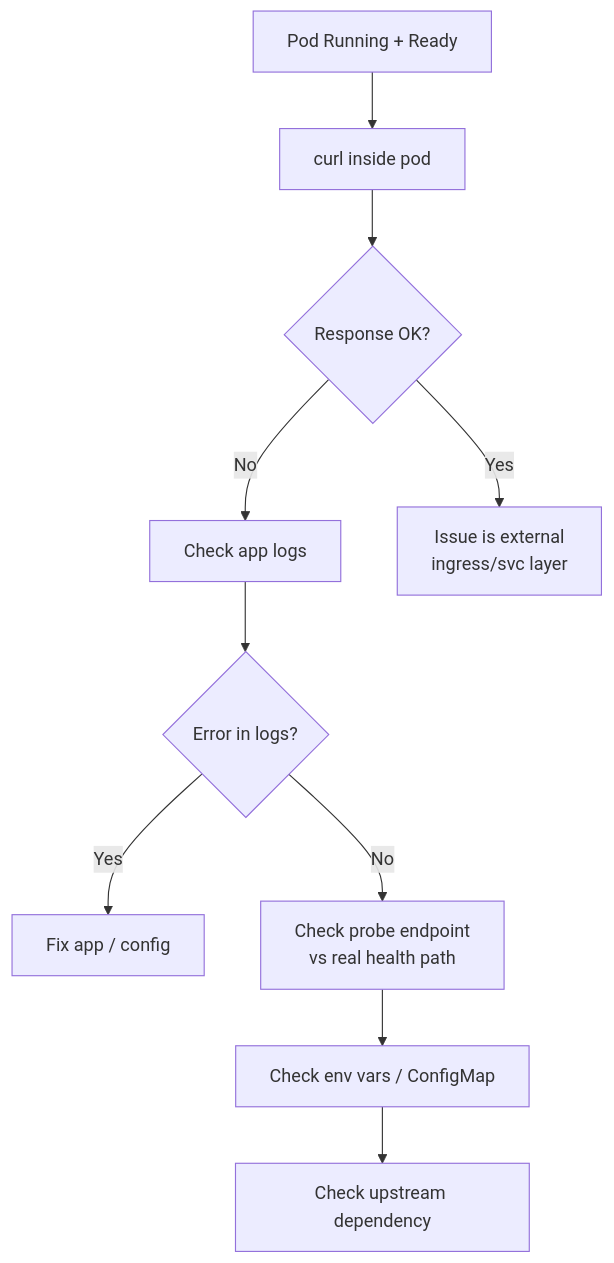
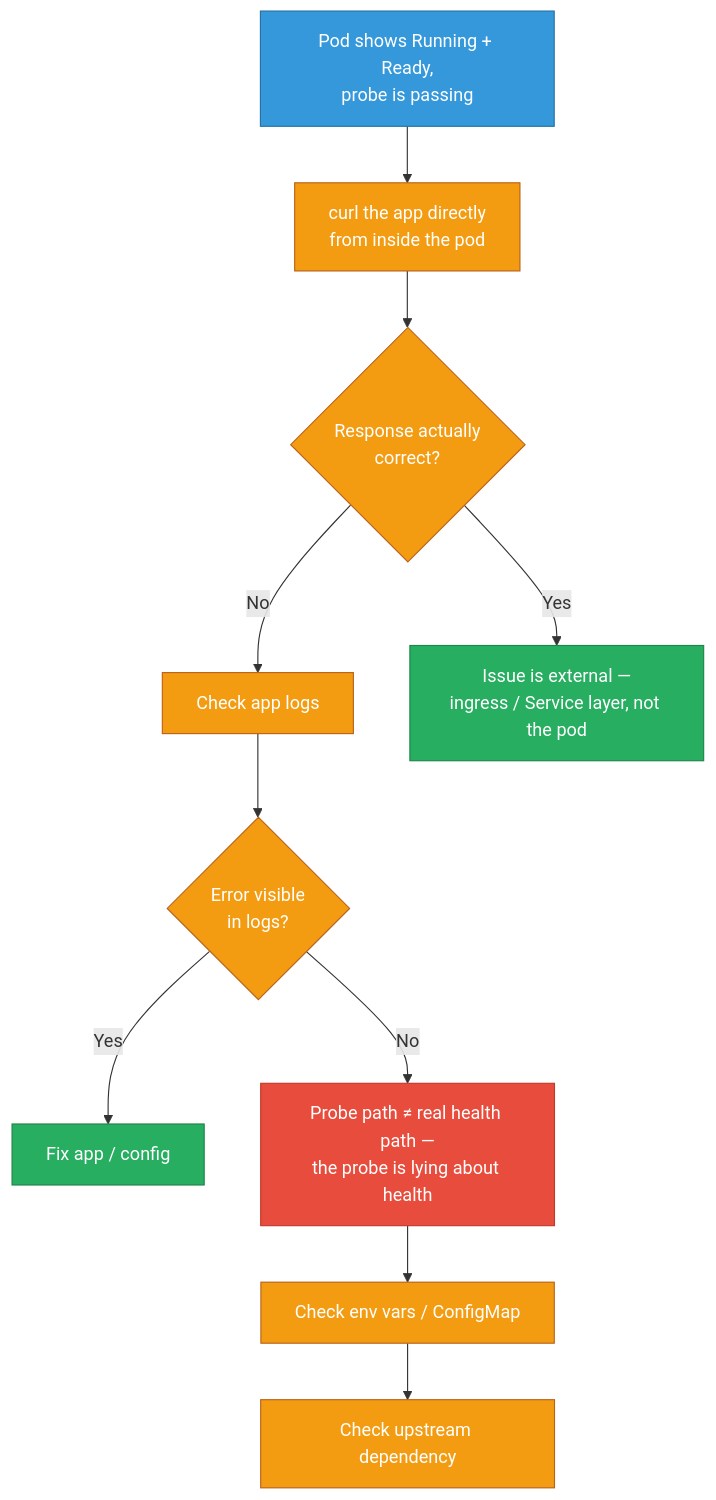
Before and after one commit to deepanshu-rawat6/DevOpsIndex: the fourth of 13 diagrams in sre/k8s-scenarios.md, drawn with Mermaid. The commit also changed other lines of this file and 10 other files, not shown here.

````diff
--- a/sre/k8s-scenarios.md
+++ b/sre/k8s-scenarios.md
@@ -652,12 +851,17 @@
 ```mermaid
 flowchart TD
-    A[Pod Running + Ready] --> B[curl inside pod]
-    B --> C{Response OK?}
-    C -- No --> D[Check app logs]
-    D --> E{Error in logs?}
-    E -- Yes --> F[Fix app / config]
-    E -- No --> G[Check probe endpoint<br/>vs real health path]
-    G --> H[Check env vars / ConfigMap]
-    H --> I[Check upstream dependency]
-    C -- Yes --> J[Issue is external<br/>ingress/svc layer]
+    classDef start fill:#3498db,stroke:#2471a3,color:#fff
+    classDef check fill:#f39c12,stroke:#ba6018,color:#fff
+    classDef fix fill:#27ae60,stroke:#1e8449,color:#fff
+    classDef trap fill:#e74c3c,stroke:#c0392b,color:#fff
+
+    A["Pod shows Running + Ready,<br/>probe is passing"]:::start --> B["curl the app directly<br/>from inside the pod"]:::check
+    B --> C{"Response actually<br/>correct?"}:::check
+    C -- No --> D["Check app logs"]:::check
+    D --> E{"Error visible<br/>in logs?"}:::check
+    E -- Yes --> F["Fix app / config"]:::fix
+    E -- No --> G["Probe path ≠ real health path —<br/>the probe is lying about health"]:::trap
+    G --> H["Check env vars / ConfigMap"]:::check
+    H --> I["Check upstream dependency"]:::check
+    C -- Yes --> J["Issue is external —<br/>ingress / Service layer, not the pod"]:::fix
 ```
````
